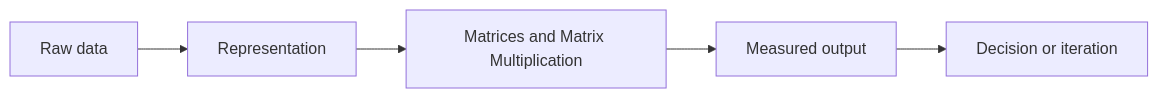
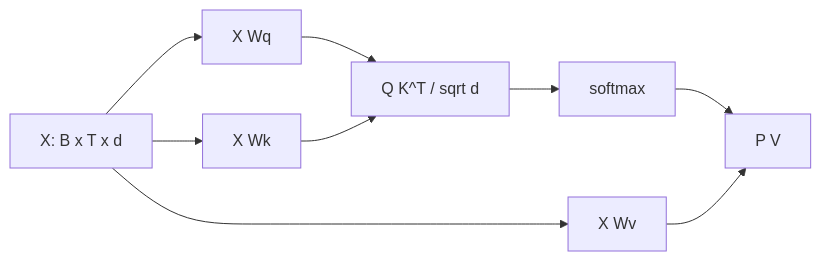
The diagram in math/03-matrices-and-matrix-multiplication.md (Icon1cc/Machine-Learning), drawn with Mermaid before and after one commit. The commit also changed other lines of this file and 264 other files, not shown here.

````diff
--- a/math/03-matrices-and-matrix-multiplication.md
+++ b/math/03-matrices-and-matrix-multiplication.md
@@ -92,7 +68,11 @@
 ```mermaid
 flowchart LR
-    A[Raw data] --> B[Representation]
-    B --> C[Matrices and Matrix Multiplication]
-    C --> D[Measured output]
-    D --> E[Decision or iteration]
+    X[X: B x T x d] --> Q[X Wq]
+    X --> K[X Wk]
+    X --> V[X Wv]
+    Q --> S[Q K^T / sqrt d]
+    K --> S
+    S --> P[softmax]
+    P --> O[P V]
+    V --> O
 ```
````
